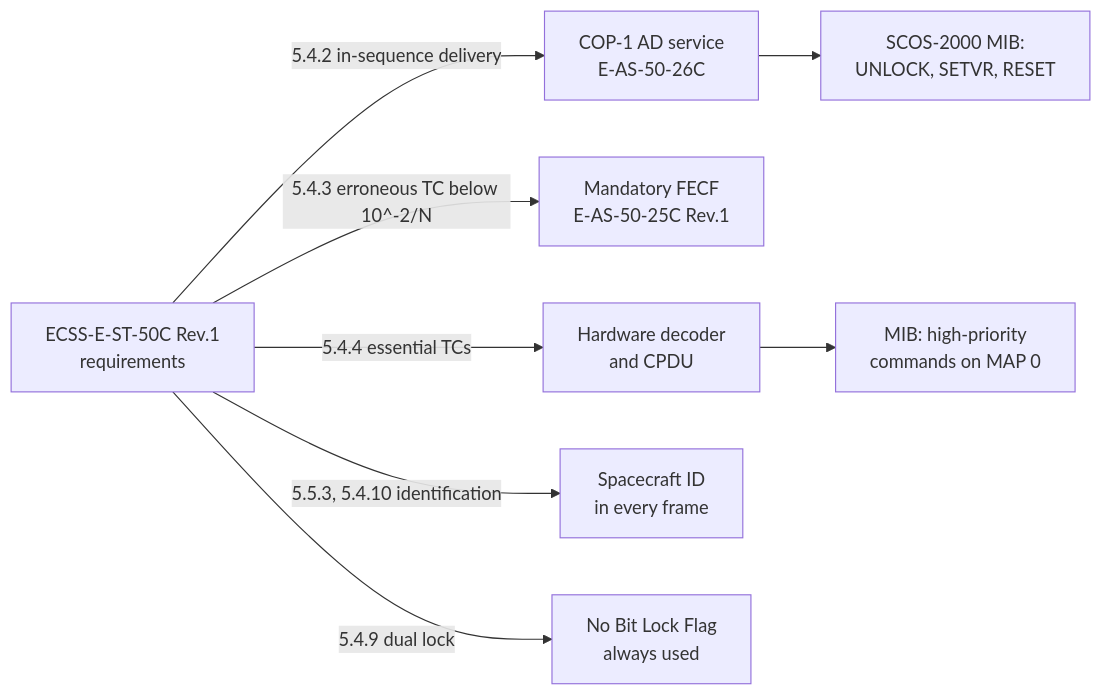
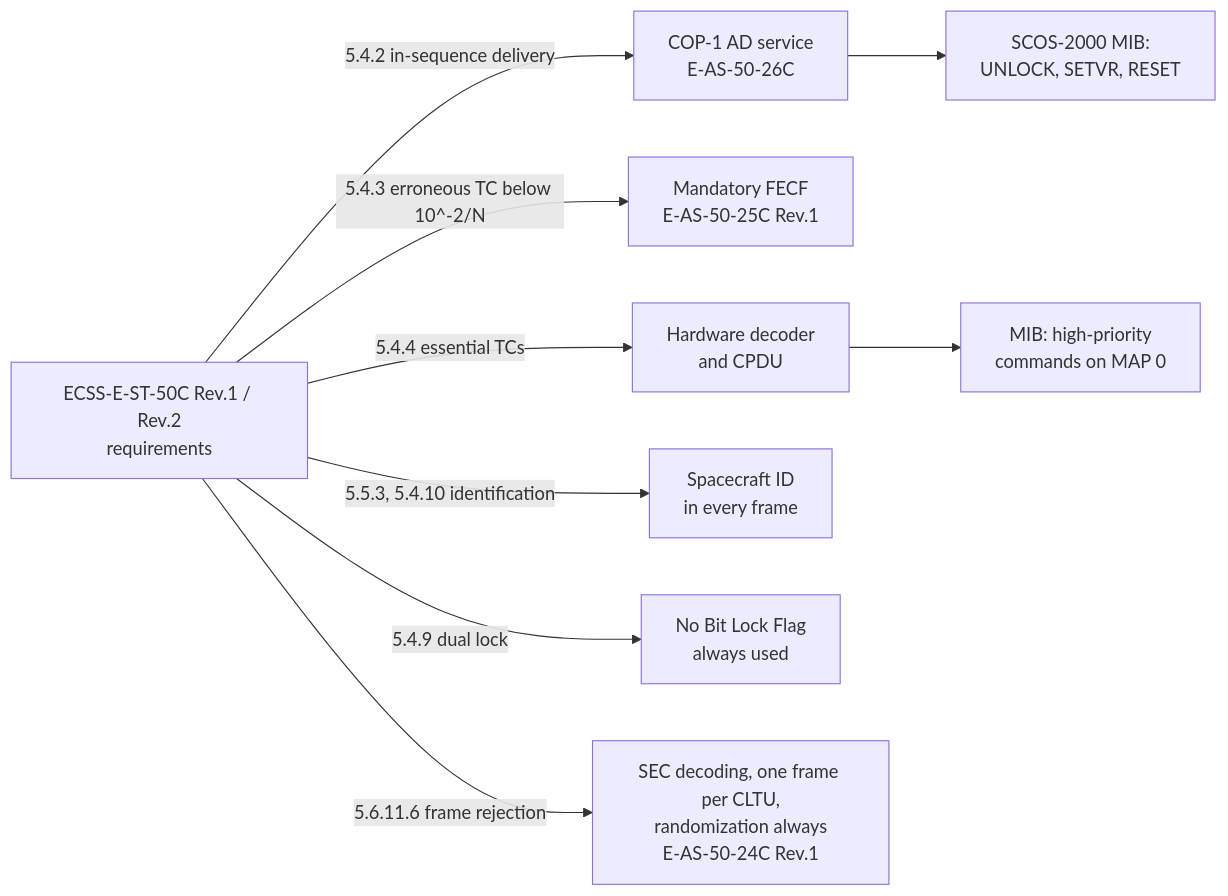
One commit to feiteira/OPEN-SPACE-INFO changed the fourth of 4 diagrams in docs/ecss/e-st-50-communications.md. Above: the diagram before and after it, drawn with Mermaid. The commit also changed other lines of this file and 1311 other files, not shown here.

````diff
--- a/docs/ecss/e-st-50-communications.md
+++ b/docs/ecss/e-st-50-communications.md
@@ -724,10 +1053,11 @@
 ```mermaid
 flowchart LR
-    E50["ECSS-E-ST-50C Rev.1<br/>requirements"] -->|"5.4.2 in-sequence delivery"| COP["COP-1 AD service<br/>E-AS-50-26C"]
+    E50["ECSS-E-ST-50C Rev.1 / Rev.2<br/>requirements"] -->|"5.4.2 in-sequence delivery"| COP["COP-1 AD service<br/>E-AS-50-26C"]
     E50 -->|"5.4.3 erroneous TC below 10^-2/N"| FECF["Mandatory FECF<br/>E-AS-50-25C Rev.1"]
     E50 -->|"5.4.4 essential TCs"| CPDU["Hardware decoder<br/>and CPDU"]
     E50 -->|"5.5.3, 5.4.10 identification"| SCID["Spacecraft ID<br/>in every frame"]
     E50 -->|"5.4.9 dual lock"| NBL["No Bit Lock Flag<br/>always used"]
+    E50 -->|"5.6.11.6 frame rejection"| SEC["SEC decoding, one frame per CLTU,<br/>randomization always<br/>E-AS-50-24C Rev.1"]
     COP --> MIB["SCOS-2000 MIB:<br/>UNLOCK, SETVR, RESET"]
     CPDU --> MIBH["MIB: high-priority<br/>commands on MAP 0"]
 ```
````
